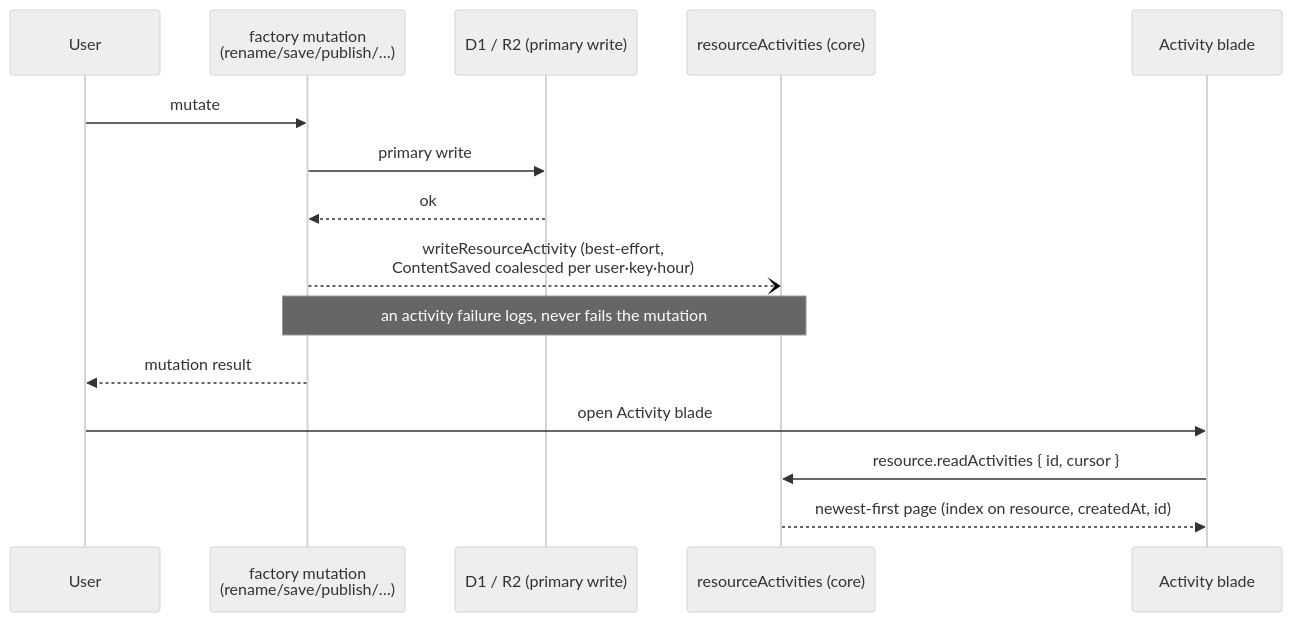
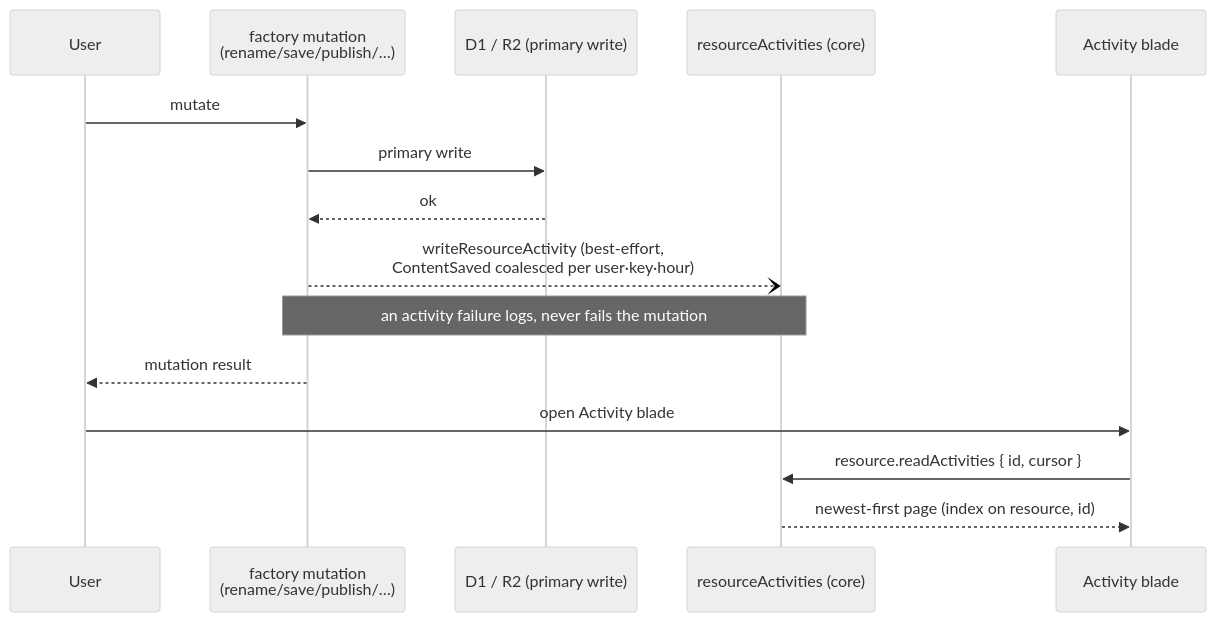
One commit to Esposter/Esposter changed the diagram in openspec/specs/resource/activity-log/design.md. Above: the diagram before and after it, drawn with Mermaid (neutral theme). The commit also changed 11 other files, not shown here.

````diff
--- a/openspec/specs/resource/activity-log/design.md
+++ b/openspec/specs/resource/activity-log/design.md
@@ -15,18 +15,18 @@
 ```mermaid
 sequenceDiagram
   participant U as User
   participant P as factory mutation<br/>(rename/save/publish/…)
   participant DB as D1 / R2 (primary write)
   participant RA as resourceActivities (core)
   participant B as Activity blade
 
   U->>P: mutate
   P->>DB: primary write
   DB-->>P: ok
   P--)RA: writeResourceActivity (best-effort,<br/>ContentSaved coalesced per user·key·hour)
   Note over P,RA: an activity failure logs, never fails the mutation
   P-->>U: mutation result
   U->>B: open Activity blade
   B->>RA: resource.readActivities { id, cursor }
-  RA-->>B: newest-first page (index on resource, createdAt, id)
+  RA-->>B: newest-first page (index on resource, id)
 ```
````
